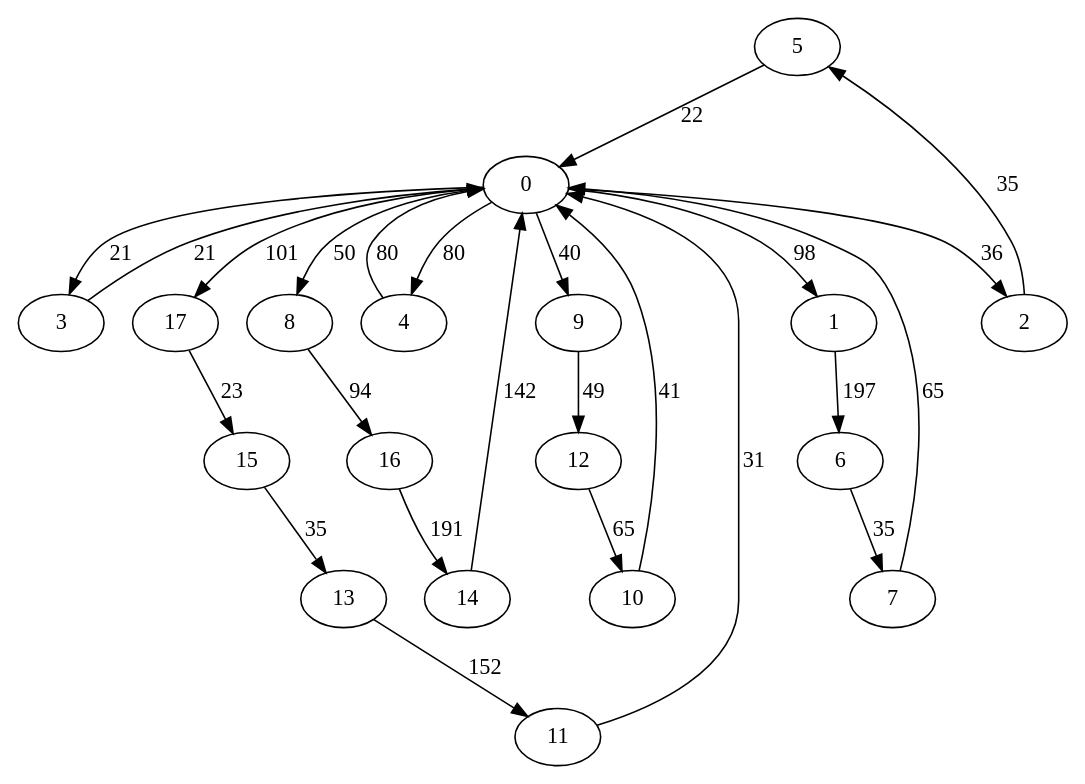
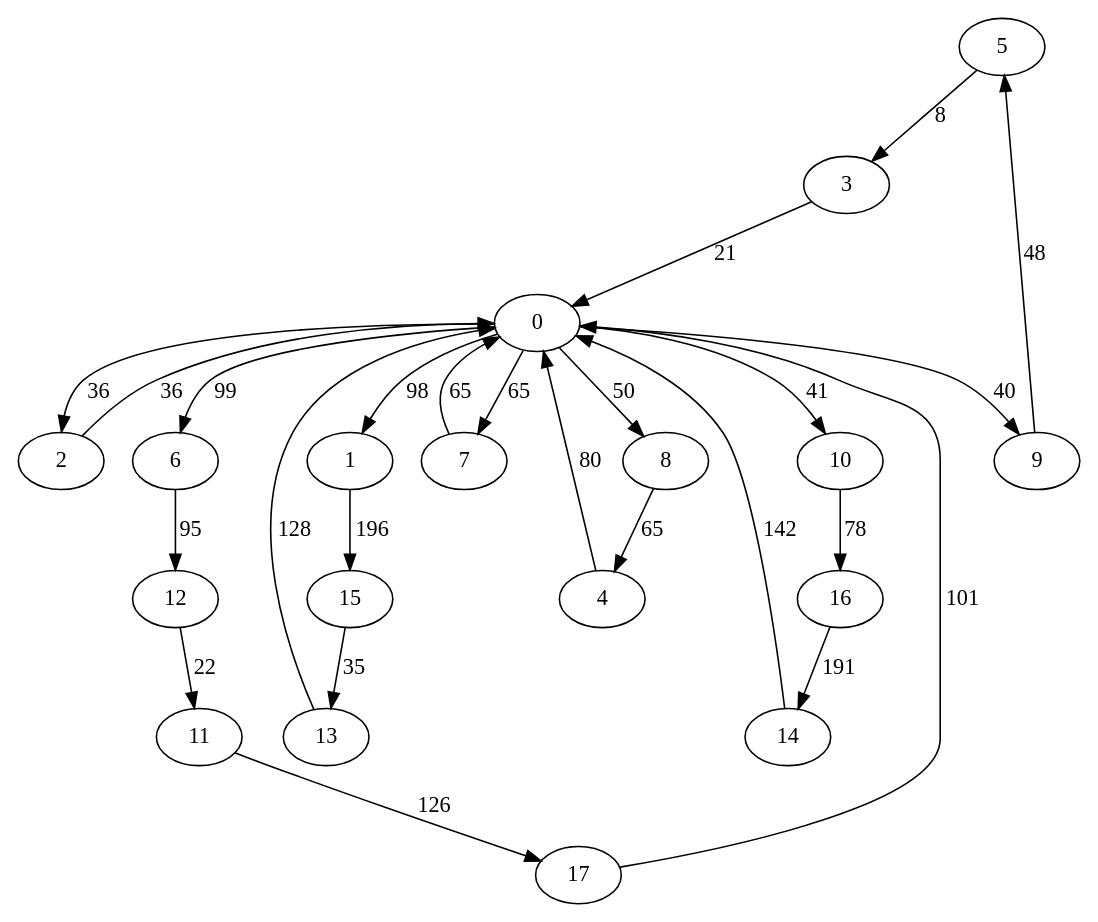
The diagram in grafos/iteration7.dot (akosej/vehicle_routing), drawn with Graphviz before and after one commit. The commit also changed 9 other files, not shown here.

```diff
--- a/grafos/iteration7.dot
+++ b/grafos/iteration7.dot
@@ -1,45 +1,45 @@
 digraph G {
-	5->0[ label=22 ];
+	5->3[ label=8 ];
+	8->4[ label=65 ];
+	2->0[ label=36 ];
+	1->15[ label=196 ];
+	6->12[ label=95 ];
 	15->13[ label=35 ];
-	11->0[ label=31 ];
-	10->0[ label=41 ];
+	13->0[ label=128 ];
+	9->5[ label=48 ];
+	11->17[ label=126 ];
+	4->0[ label=80 ];
 	14->0[ label=142 ];
-	4->0[ label=80 ];
-	3->0[ label=21 ];
-	12->10[ label=65 ];
-	16->14[ label=191 ];
-	17->15[ label=23 ];
-	13->11[ label=152 ];
-	8->16[ label=94 ];
-	2->5[ label=35 ];
-	1->6[ label=197 ];
-	6->7[ label=35 ];
 	7->0[ label=65 ];
-	9->12[ label=49 ];
 	0->8[ label=50 ];
+	0->10[ label=41 ];
 	0->2[ label=36 ];
-	0->17[ label=101 ];
+	0->7[ label=65 ];
 	0->1[ label=98 ];
 	0->9[ label=40 ];
-	0->4[ label=80 ];
-	0->3[ label=21 ];
+	0->6[ label=99 ];
+	12->11[ label=22 ];
+	17->0[ label=101 ];
+	10->16[ label=78 ];
+	16->14[ label=191 ];
+	3->0[ label=21 ];
 	0 [ label=0 ];
 	1 [ label=1 ];
 	10 [ label=10 ];
 	11 [ label=11 ];
 	12 [ label=12 ];
 	13 [ label=13 ];
 	14 [ label=14 ];
 	15 [ label=15 ];
 	16 [ label=16 ];
 	17 [ label=17 ];
 	2 [ label=2 ];
 	3 [ label=3 ];
 	4 [ label=4 ];
 	5 [ label=5 ];
 	6 [ label=6 ];
 	7 [ label=7 ];
 	8 [ label=8 ];
 	9 [ label=9 ];
 
 }
```
